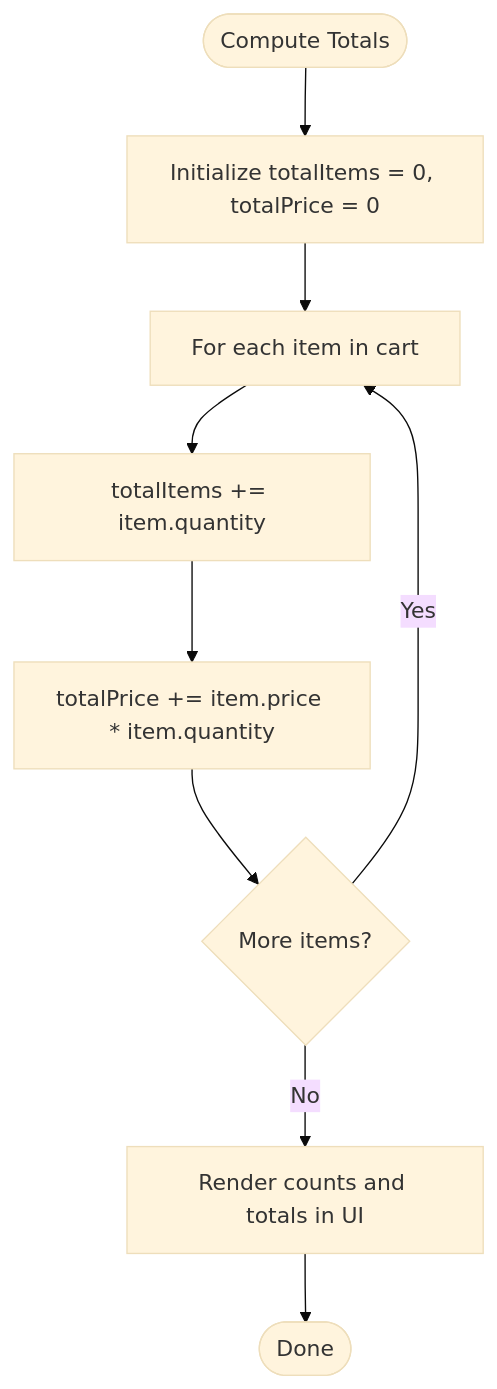
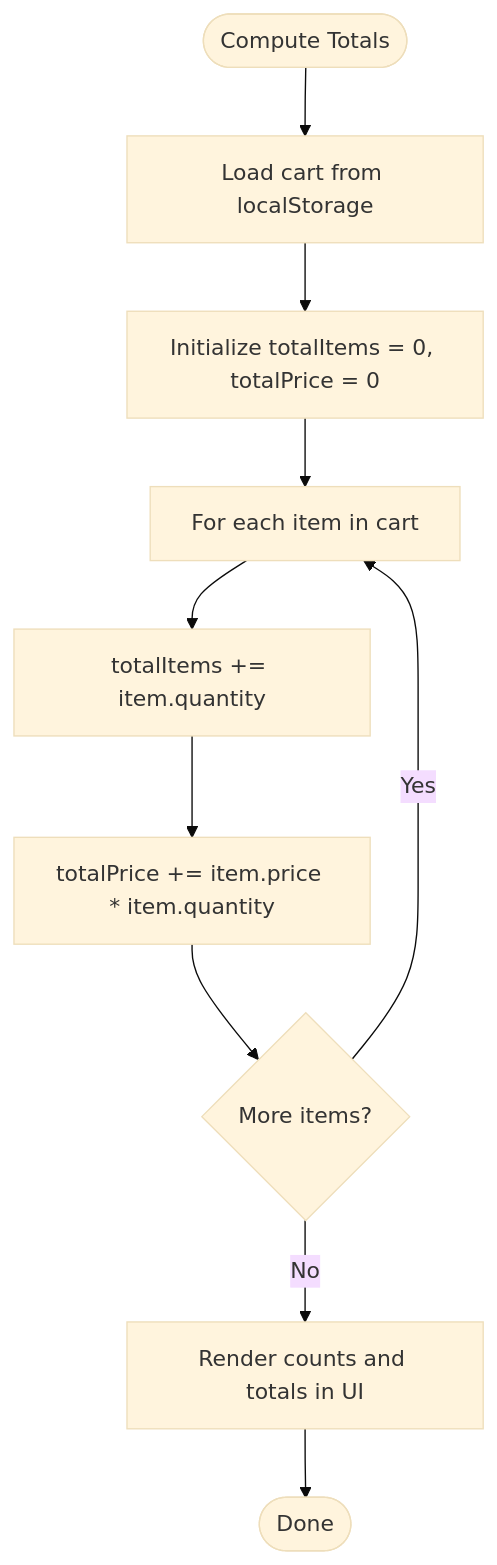
One commit to queenflowerhk/queenflowerhk.github.io changed the sixth of 7 diagrams in .qoder/repowiki/en/content/User Interface Components/Interactive Elements/Shopping Cart Sidebar/Cart State Management.md. Above: the diagram before and after it, drawn with Mermaid (base theme). The commit also changed other lines of this file and 36 other files, not shown here.

````diff
--- a/.qoder/repowiki/en/content/User Interface Components/Interactive Elements/Shopping Cart Sidebar/Cart State Management.md
+++ b/.qoder/repowiki/en/content/User Interface Components/Interactive Elements/Shopping Cart Sidebar/Cart State Management.md
@@ -265,11 +284,12 @@
 ```mermaid
 flowchart TD
-Start(["Compute Totals"]) --> Init["Initialize totalItems = 0, totalPrice = 0"]
+Start(["Compute Totals"]) --> Load["Load cart from localStorage"]
+Load --> Init["Initialize totalItems = 0, totalPrice = 0"]
 Init --> Loop["For each item in cart"]
 Loop --> IncItems["totalItems += item.quantity"]
 IncItems --> IncPrice["totalPrice += item.price * item.quantity"]
 IncPrice --> Next{"More items?"}
 Next -- "Yes" --> Loop
 Next -- "No" --> Render["Render counts and totals in UI"]
 Render --> End(["Done"])
 ```
````
